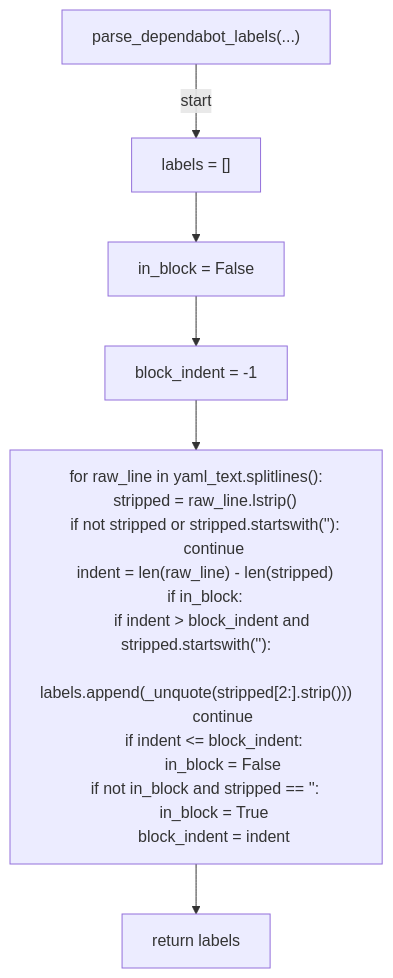
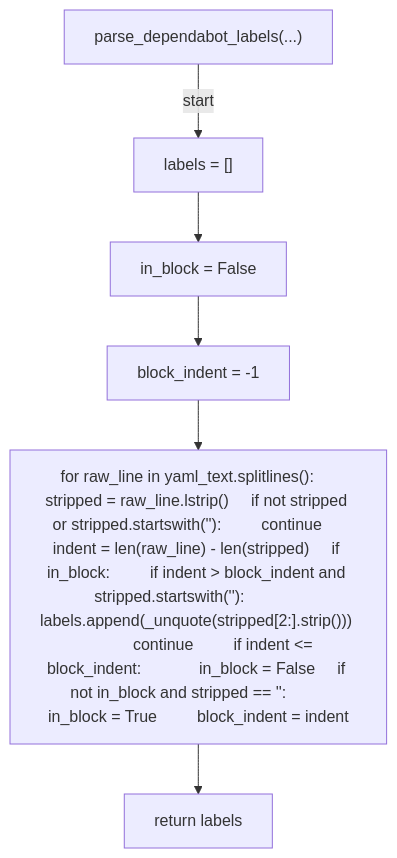
One commit to tvna/claude-md changed the first of 8 diagrams in docs/generated/scripts/ast/dependabot_labels.md. Above: the diagram before and after it, drawn with Mermaid. The commit also changed other lines of this file and 30 other files, not shown here.

First line of the commit message:
docs(generated): regenerate decision tree and workflow diagrams (batch 2/5)

````diff
--- a/docs/generated/scripts/ast/dependabot_labels.md
+++ b/docs/generated/scripts/ast/dependabot_labels.md
@@ -7,27 +7,14 @@
 ```mermaid
 flowchart TD
     N001["parse_dependabot_labels(...)"]
     N002["labels = []"]
     N003["in_block = False"]
     N004["block_indent = -1"]
-    N005["for raw_line in yaml_text.splitlines():
-    stripped = raw_line.lstrip()
-    if not stripped or stripped.startswith('<str>'):
-        continue
-    indent = len(raw_line) - len(stripped)
-    if in_block:
-        if indent > block_indent and stripped.startswith('<str>'):
-            labels.append(_unquote(stripped[2:].strip()))
-            continue
-        if indent <= block_indent:
-            in_block = False
-    if not in_block and stripped == '<str>':
-        in_block = True
-        block_indent = indent"]
+    N005["for raw_line in yaml_text.splitlines():     stripped = raw_line.lstrip()     if not stripped or stripped.startswith('<str>'):         continue     indent = len(raw_line) - len(stripped)     if in_block:         if indent > block_indent and stripped.startswith('<str>'):             labels.append(_unquote(stripped[2:].strip()))             continue         if indent <= block_indent:             in_block = False     if not in_block and stripped == '<str>':         in_block = True         block_indent = indent"]
     N006["return labels"]
     N001 -->|"start"| N002
     N002 --> N003
     N003 --> N004
     N004 --> N005
     N005 --> N006
 ```
````
